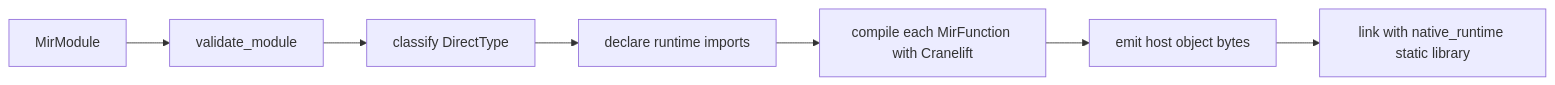
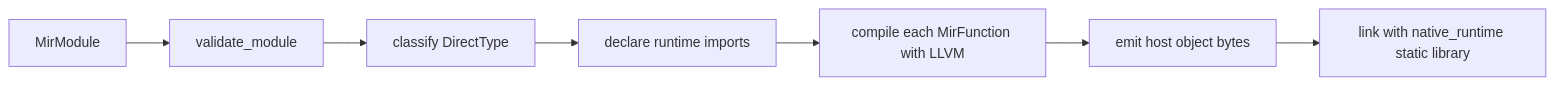
Before and after one commit to johnolafenwa/Aura: the diagram in architecture_docs/08-native-codegen-and-runtime.md, drawn with Mermaid. The commit also changed other lines of this file and 44 other files, not shown here.

First line of the commit message:
Batch 7 step 11: remove Cranelift so LLVM is the only native code generator (#136)

````diff
--- a/architecture_docs/08-native-codegen-and-runtime.md
+++ b/architecture_docs/08-native-codegen-and-runtime.md
@@ -26,9 +26,9 @@
 ```mermaid
 flowchart LR
     A["MirModule"] --> B["validate_module"]
     B --> C["classify DirectType"]
     C --> D["declare runtime imports"]
-    D --> E["compile each MirFunction with Cranelift"]
+    D --> E["compile each MirFunction with LLVM"]
     E --> F["emit host object bytes"]
     F --> G["link with native_runtime static library"]
 ```
````
